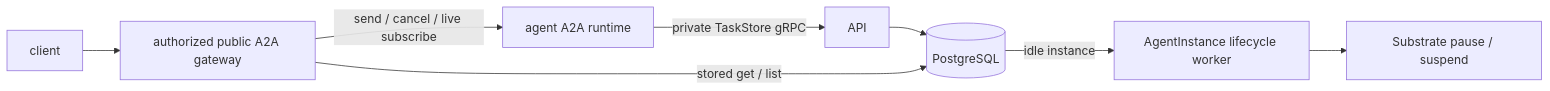
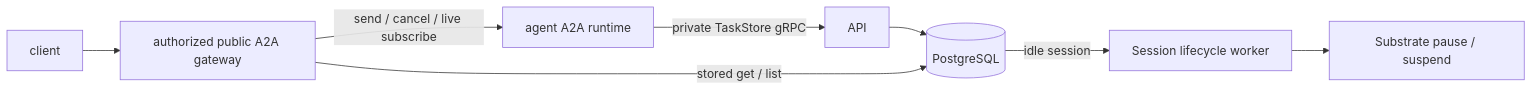
The diagram in docs/architecture/a2a-gateway.md (kagent-dev/kagent), drawn with Mermaid before and after one commit. The commit also changed other lines of this file and 167 other files, not shown here.

````diff
--- a/docs/architecture/a2a-gateway.md
+++ b/docs/architecture/a2a-gateway.md
@@ -30,10 +30,10 @@
 ```mermaid
 flowchart LR
     CLIENT[client] --> GATEWAY[authorized public A2A gateway]
     GATEWAY -->|send / cancel / live subscribe| RUNTIME[agent A2A runtime]
     RUNTIME -->|private TaskStore gRPC| API[API]
     API --> DB[(PostgreSQL)]
     GATEWAY -->|stored get / list| DB
-    DB -->|idle instance| WORKER[AgentInstance lifecycle worker]
+    DB -->|idle session| WORKER[Session lifecycle worker]
     WORKER --> SUBSTRATE[Substrate pause / suspend]
 ```
````
